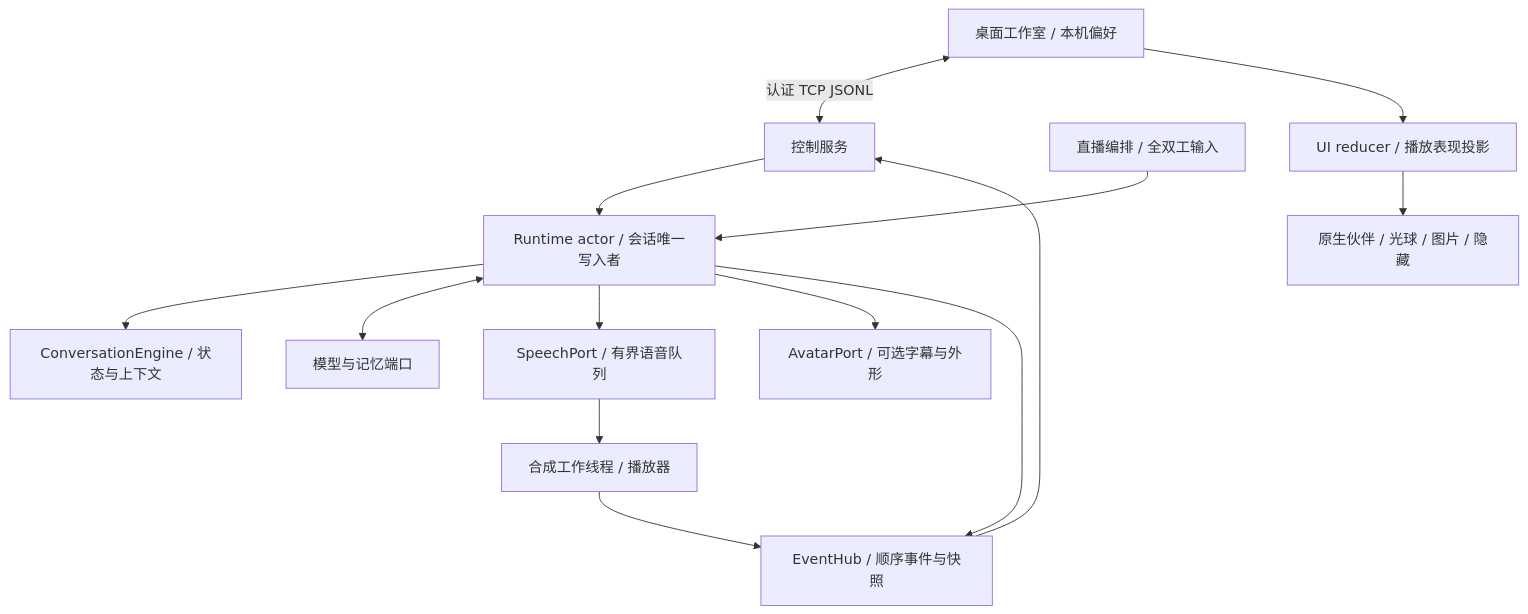
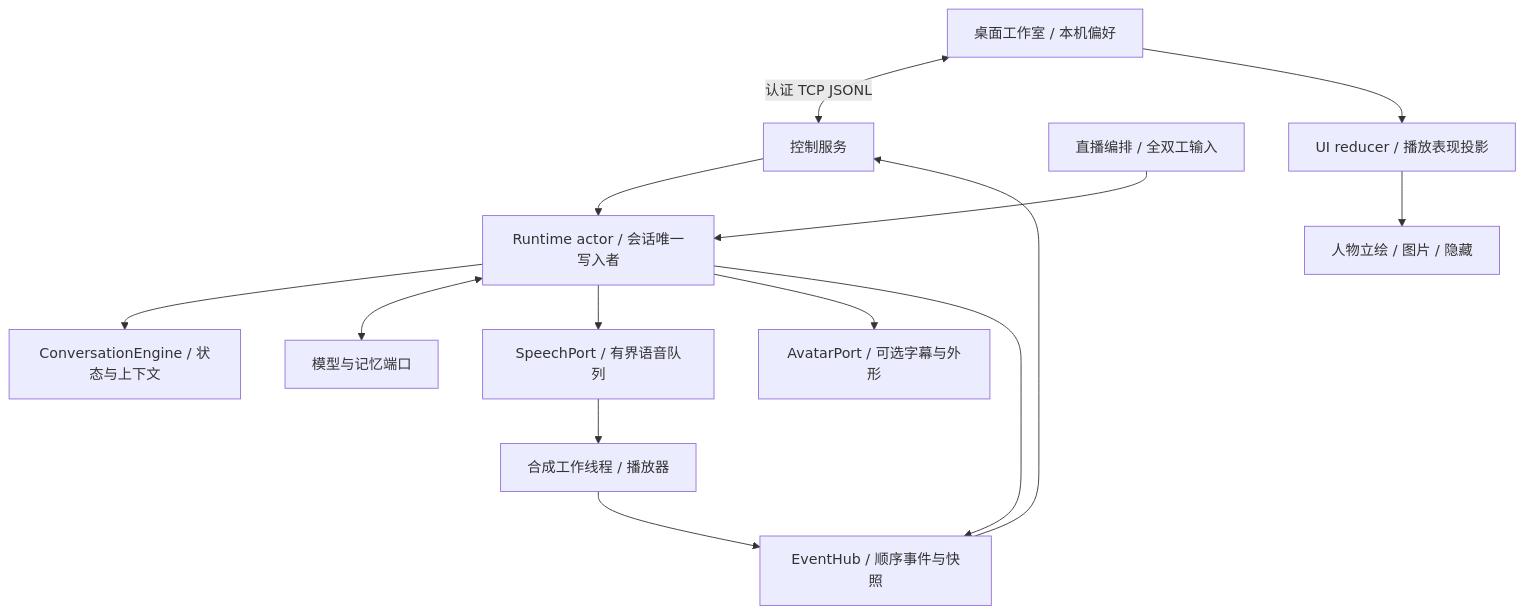
Before and after one commit to QwQBiG/AIA: the first of 2 diagrams in docs/ARCHITECTURE.md, drawn with Mermaid. The commit also changed other lines of this file and 58 other files, not shown here.

````diff
--- a/docs/ARCHITECTURE.md
+++ b/docs/ARCHITECTURE.md
@@ -7,16 +7,16 @@
 ```mermaid
 flowchart TB
     UI[桌面工作室 / 本机偏好] <-->|认证 TCP JSONL| Control[控制服务]
     Control --> Runtime[Runtime actor / 会话唯一写入者]
     Live[直播编排 / 全双工输入] --> Runtime
     Runtime --> Engine[ConversationEngine / 状态与上下文]
     Runtime <--> Ports[模型与记忆端口]
     Runtime --> Queue[SpeechPort / 有界语音队列]
     Runtime --> Avatar[AvatarPort / 可选字幕与外形]
     Queue --> Worker[合成工作线程 / 播放器]
     Runtime --> Hub[EventHub / 顺序事件与快照]
     Worker --> Hub
     Hub --> Control
     UI --> Projection[UI reducer / 播放表现投影]
-    Projection --> Body[原生伙伴 / 光球 / 图片 / 隐藏]
+    Projection --> Body[人物立绘 / 图片 / 隐藏]
 ```
````
